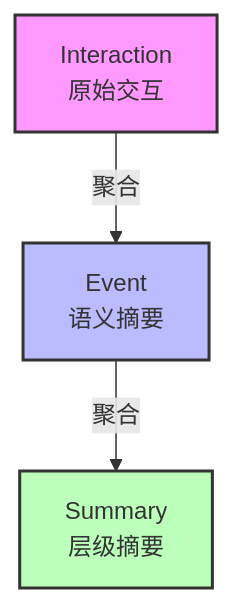
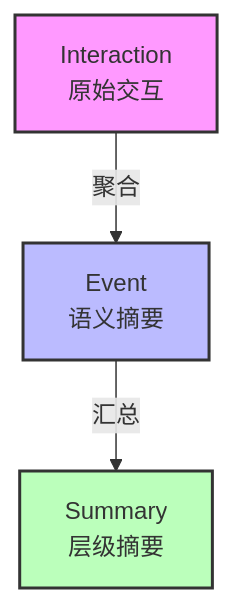
The second of 2 diagrams in README.md (MiyakoMeow/DrivePal), drawn with Mermaid before and after one commit. The commit also changed other lines of this file, not shown here.

Commit message:
docs: sync README with current codebase — 项目结构/规则引擎/记忆检索/GraphQL/交互能力 全面同步 (#132) (#132)

````diff
--- a/README.md
+++ b/README.md
@@ -166,13 +201,13 @@
 ```mermaid
 flowchart TD
     A[Interaction<br>原始交互] -->|聚合| B[Event<br>语义摘要]
-    B -->|聚合| C[Summary<br>层级摘要]
-    
+    B -->|汇总| C[Summary<br>层级摘要]
+
     A:::interact
     B:::event
     C:::summary
-    
+
     classDef interact fill:#f9f,stroke:#333,stroke-width:2px
     classDef event fill:#bbf,stroke:#333,stroke-width:2px
     classDef summary fill:#bfb,stroke:#333,stroke-width:2px
 ```
````
